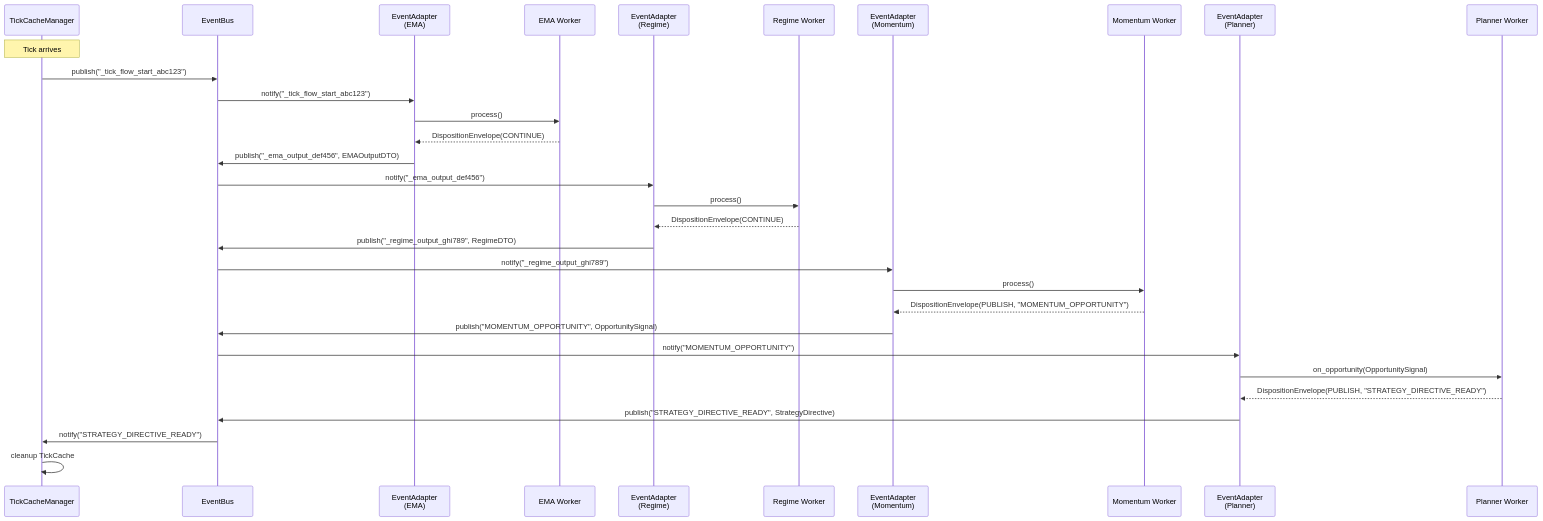
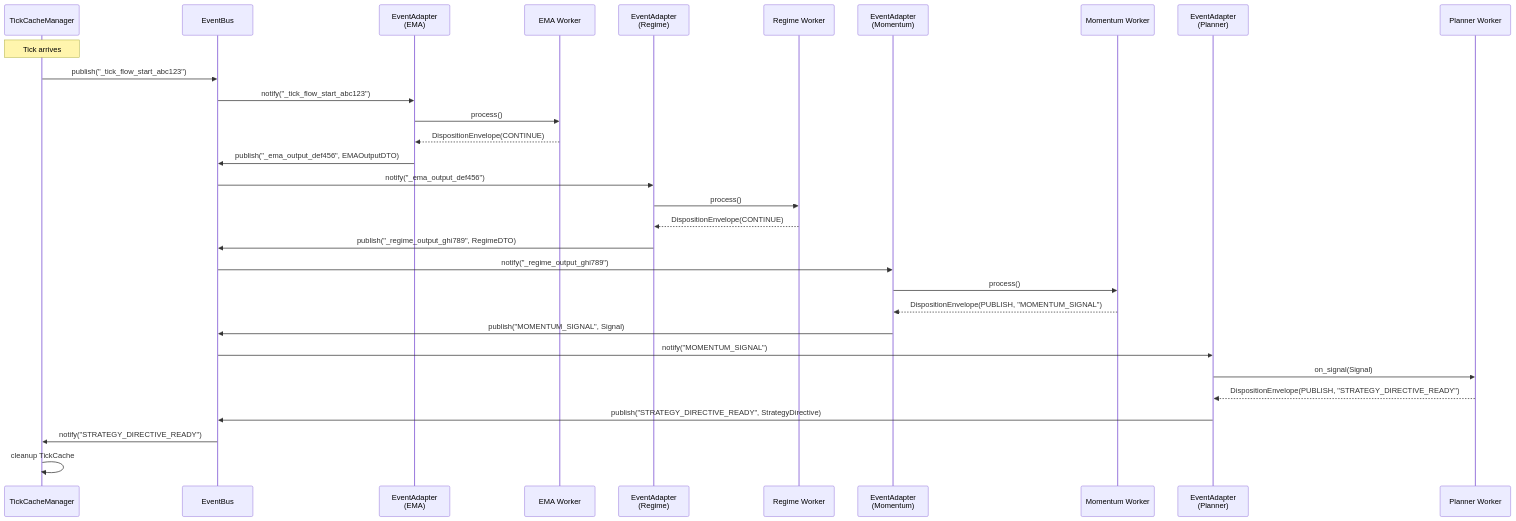
Before and after one commit to MikeyVK/S1mpleTraderV3: the second of 4 diagrams in docs/architecture/EVENT_DRIVEN_WIRING.md, drawn with Mermaid. The commit also changed other lines of this file and 10 other files, not shown here.

````diff
--- a/docs/architecture/EVENT_DRIVEN_WIRING.md
+++ b/docs/architecture/EVENT_DRIVEN_WIRING.md
@@ -355,39 +355,39 @@
 ```mermaid
 sequenceDiagram
     participant TCM as TickCacheManager
     participant Bus as EventBus
     participant A_EMA as EventAdapter<br/>(EMA)
     participant EMA as EMA Worker
     participant A_Regime as EventAdapter<br/>(Regime)
     participant Regime as Regime Worker
     participant A_Mom as EventAdapter<br/>(Momentum)
     participant Mom as Momentum Worker
     participant A_Plan as EventAdapter<br/>(Planner)
     participant Plan as Planner Worker
     
     Note over TCM: Tick arrives
     TCM->>Bus: publish("_tick_flow_start_abc123")
     
     Bus->>A_EMA: notify("_tick_flow_start_abc123")
     A_EMA->>EMA: process()
     EMA-->>A_EMA: DispositionEnvelope(CONTINUE)
     A_EMA->>Bus: publish("_ema_output_def456", EMAOutputDTO)
     
     Bus->>A_Regime: notify("_ema_output_def456")
     A_Regime->>Regime: process()
     Regime-->>A_Regime: DispositionEnvelope(CONTINUE)
     A_Regime->>Bus: publish("_regime_output_ghi789", RegimeDTO)
     
     Bus->>A_Mom: notify("_regime_output_ghi789")
     A_Mom->>Mom: process()
-    Mom-->>A_Mom: DispositionEnvelope(PUBLISH, "MOMENTUM_OPPORTUNITY")
-    A_Mom->>Bus: publish("MOMENTUM_OPPORTUNITY", OpportunitySignal)
+    Mom-->>A_Mom: DispositionEnvelope(PUBLISH, "MOMENTUM_SIGNAL")
+    A_Mom->>Bus: publish("MOMENTUM_SIGNAL", Signal)
     
-    Bus->>A_Plan: notify("MOMENTUM_OPPORTUNITY")
-    A_Plan->>Plan: on_opportunity(OpportunitySignal)
+    Bus->>A_Plan: notify("MOMENTUM_SIGNAL")
+    A_Plan->>Plan: on_signal(Signal)
     Plan-->>A_Plan: DispositionEnvelope(PUBLISH, "STRATEGY_DIRECTIVE_READY")
     A_Plan->>Bus: publish("STRATEGY_DIRECTIVE_READY", StrategyDirective)
     
     Bus->>TCM: notify("STRATEGY_DIRECTIVE_READY")
     TCM->>TCM: cleanup TickCache
 ```
````
